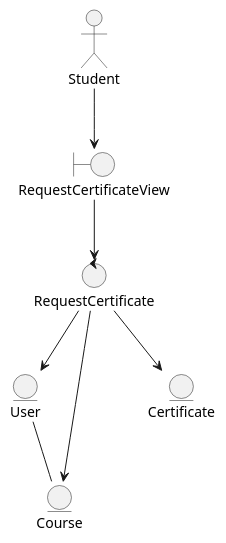
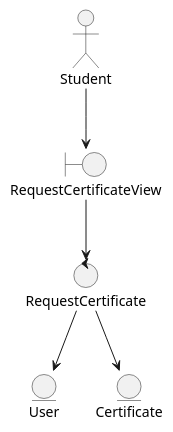
Before and after one commit to Carverz/IS-022023_Proyecto-Grupo-4: the diagram in docs/logicalView/analysisView/classAnalysis/DiagramaClasesDeAnalisisSolicitarCertificado.plantuml, drawn with PlantUML. The commit also changed 11 other files, not shown here.

Commit message:
Modificacion en diagramas

```diff
--- a/docs/logicalView/analysisView/classAnalysis/DiagramaClasesDeAnalisisSolicitarCertificado.plantuml
+++ b/docs/logicalView/analysisView/classAnalysis/DiagramaClasesDeAnalisisSolicitarCertificado.plantuml
@@ -1,26 +1,22 @@
 @startuml DiagramaClasesDeAnalisisSolicitarCertificado
 
 :Student: as o1
 
 
 boundary RequestCertificateView
 
 control "RequestCertificate" as o2
 
 
 entity "User" as o4
-entity "Course" as o5
 entity "Certificate" as o6
 
 o1 --> RequestCertificateView
 
 RequestCertificateView --> o2
 o2 --> o4
-o2 --> o5
-
-o4 -- o5
 o2 --> o6 
 
 
 
 @enduml
```
